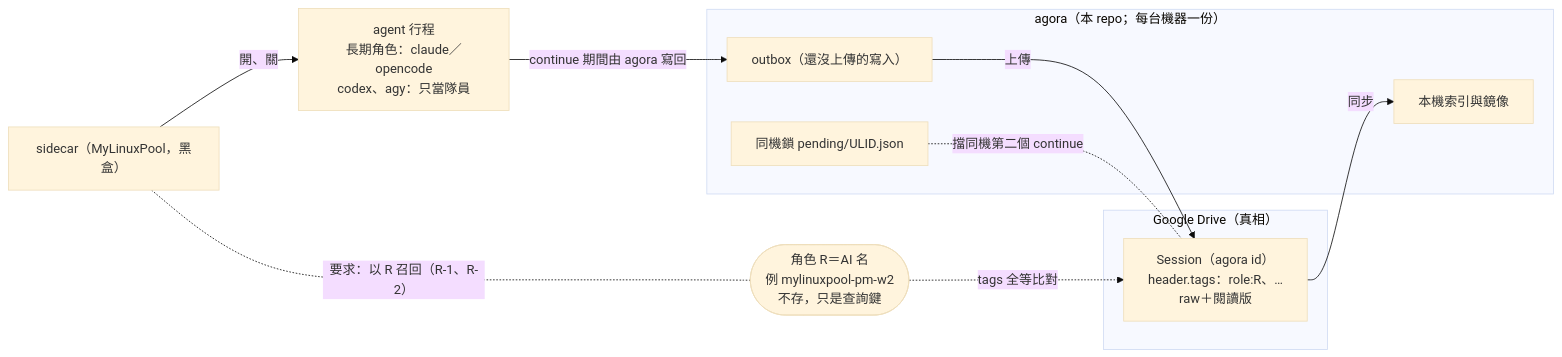
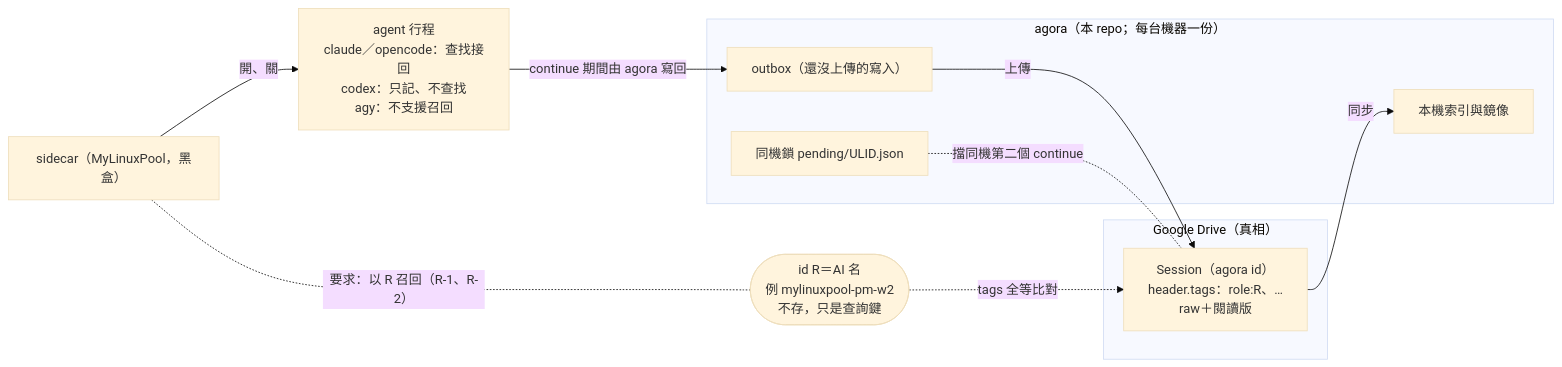
Before and after one commit to FATESAIKOU/MyAiStorage: the first of 3 diagrams in docs/design-notes/439-role-session-recall.md, drawn with Mermaid (base theme). The commit also changed other lines of this file and 2 other files, not shown here.

````diff
--- a/docs/design-notes/439-role-session-recall.md
+++ b/docs/design-notes/439-role-session-recall.md
@@ -277,21 +279,21 @@
 ```mermaid
 flowchart LR
   subgraph DRIVE["Google Drive（真相）"]
     SES["Session（agora id）<br/>header.tags：role:R、…<br/>raw＋閱讀版"]
   end
   subgraph AGORA["agora（本 repo；每台機器一份）"]
     IDX["本機索引與鏡像"]
     OUT["outbox（還沒上傳的寫入）"]
     LCK["同機鎖 pending/ULID.json"]
   end
   SC["sidecar（MyLinuxPool，黑盒）"]
-  ROLE(["角色 R＝AI 名<br/>例 mylinuxpool-pm-w2<br/>不存，只是查詢鍵"])
-  AG["agent 行程<br/>長期角色：claude／opencode<br/>codex、agy：只當隊員"]
+  ROLE(["id R＝AI 名<br/>例 mylinuxpool-pm-w2<br/>不存，只是查詢鍵"])
+  AG["agent 行程<br/>claude／opencode：查找接回<br/>codex：只記、不查找<br/>agy：不支援召回"]
   SC -->|開、關| AG
   SC -.-|要求：以 R 召回（R-1、R-2）| ROLE
   ROLE -.->|tags 全等比對| SES
   AG -->|continue 期間由 agora 寫回| OUT
   OUT -->|上傳| SES
   SES -->|同步| IDX
   LCK -.-|擋同機第二個 continue| SES
 ```
````
